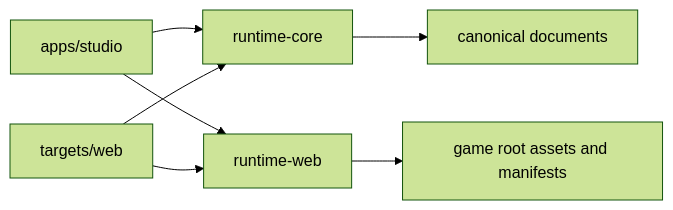
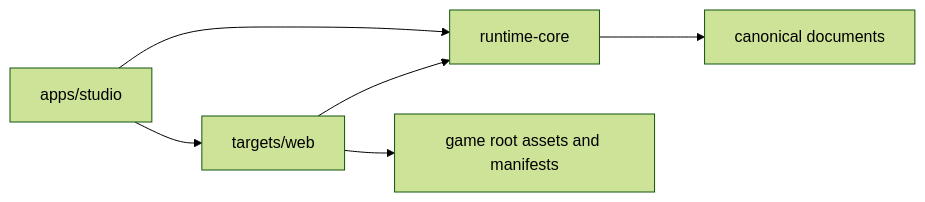
The fifth of 8 diagrams in docs/proposals/005-sugarmagic-system-architecture.md (nikkileaps/sugarmagic), drawn with Mermaid (forest theme) before and after one commit. The commit also changed other lines of this file and 59 other files, not shown here.

First line of the commit message:
Add game core and preview (#4)

````diff
--- a/docs/proposals/005-sugarmagic-system-architecture.md
+++ b/docs/proposals/005-sugarmagic-system-architecture.md
@@ -1065,10 +1046,9 @@
 ```mermaid
 flowchart LR
     Studio["apps/studio"] --> Core["runtime-core"]
-    Studio --> Web["runtime-web"]
-    Target["targets/web"] --> Core
-    Target --> Web
+    Studio --> Target["targets/web"]
+    Target --> Core
 
     Core --> Docs["canonical documents"]
-    Web --> Root["game root assets and manifests"]
+    Target --> Root["game root assets and manifests"]
 ```
````
